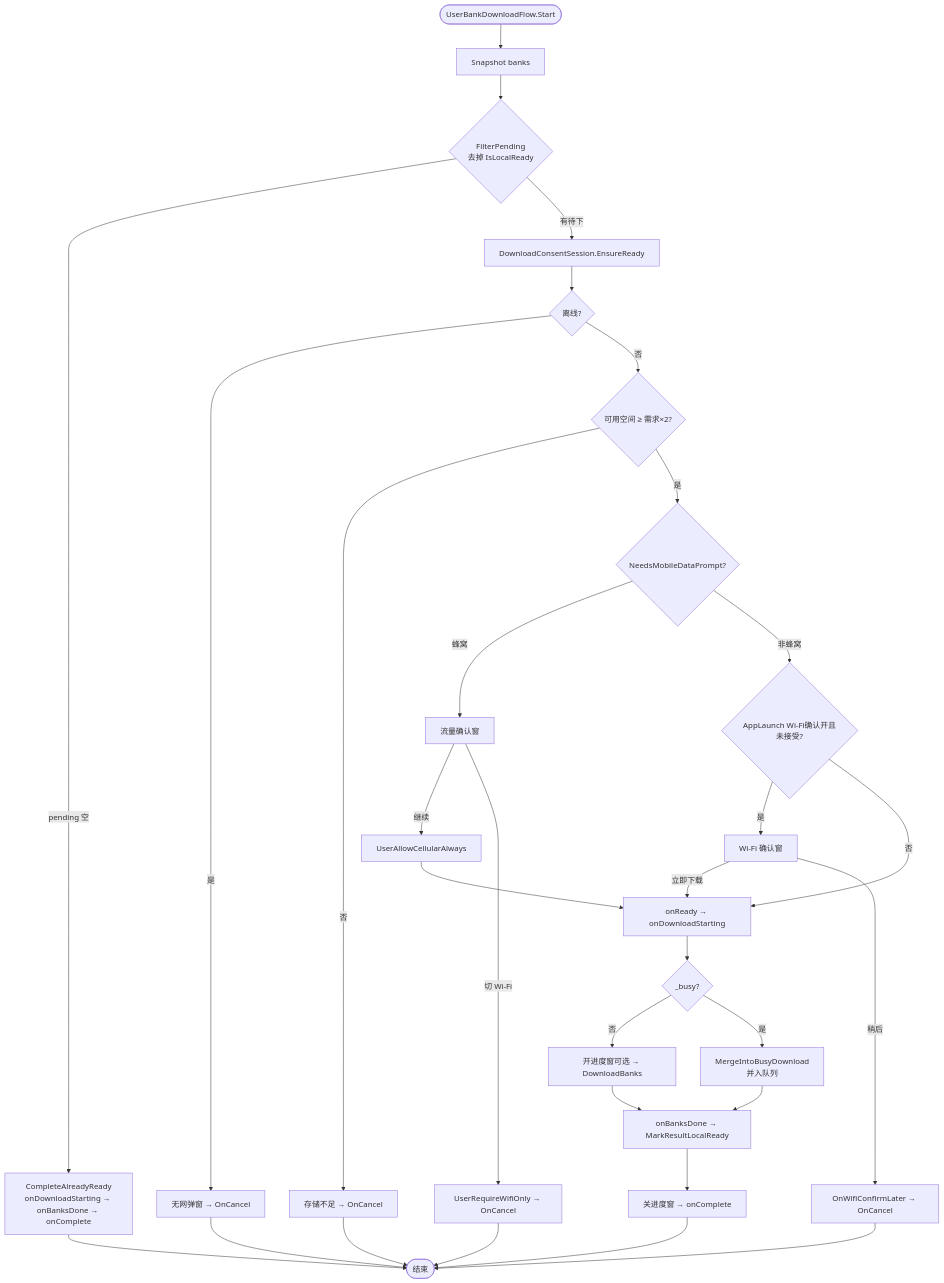
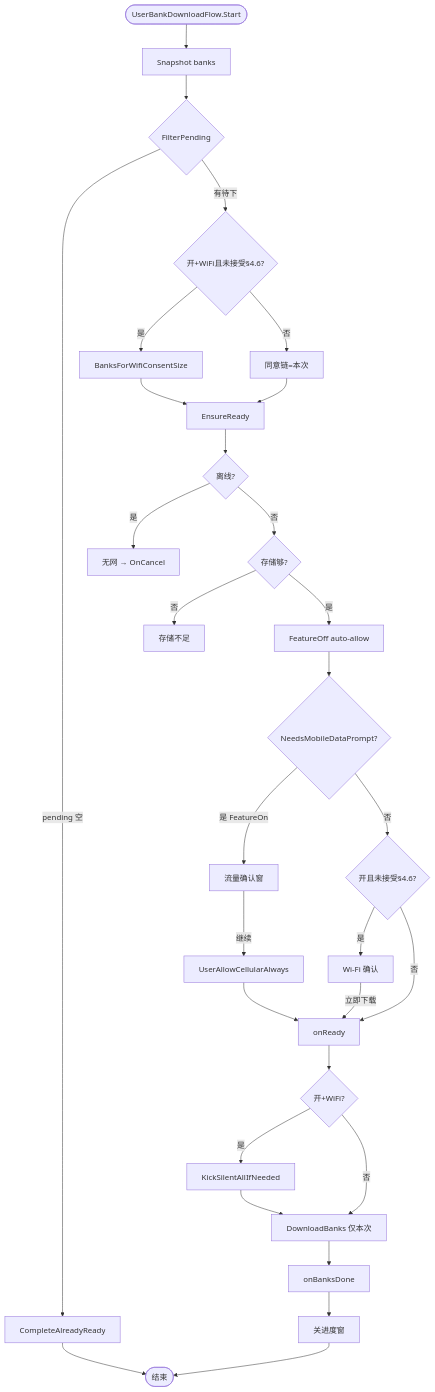
The fourth of 12 diagrams in Assets/GameMain/Docs/13-bank-download.md (sika0819/CustomSRP), drawn with Mermaid before and after one commit. The commit also changed other lines of this file and 163 other files, not shown here.

First line of the commit message:
feat(island): polish oil clouds, terrain grass, and bank download flow

````diff
--- a/Assets/GameMain/Docs/13-bank-download.md
+++ b/Assets/GameMain/Docs/13-bank-download.md
@@ -88,32 +121,32 @@
 ```mermaid
 flowchart TD
   Start([UserBankDownloadFlow.Start]) --> Snap[Snapshot banks]
-  Snap --> FP{FilterPending<br/>去掉 IsLocalReady}
-  FP -->|pending 空| ReadyPath[CompleteAlreadyReady<br/>onDownloadStarting → onBanksDone → onComplete]
-  FP -->|有待下| ER[DownloadConsentSession.EnsureReady]
+  Snap --> FP{FilterPending}
+  FP -->|pending 空| ReadyPath[CompleteAlreadyReady]
+  FP -->|有待下| Size{开+WiFi且未接受§4.6?}
+  Size -->|是| ConsentAll[BanksForWifiConsentSize]
+  Size -->|否| ConsentClick[同意链=本次]
+  ConsentAll --> ER[EnsureReady]
+  ConsentClick --> ER
   ER --> Offline{离线?}
-  Offline -->|是| Toast1[无网弹窗 → OnCancel]
-  Offline -->|否| Stor{可用空间 ≥ 需求×2?}
-  Stor -->|否| Toast2[存储不足 → OnCancel]
-  Stor -->|是| Cell{NeedsMobileDataPrompt?}
-  Cell -->|蜂窝| MD[流量确认窗]
-  MD -->|继续| Allow[UserAllowCellularAlways] --> Go
-  MD -->|切 Wi‑Fi| WifiOnly[UserRequireWifiOnly → OnCancel]
-  Cell -->|非蜂窝| WifiGate{AppLaunch Wi‑Fi确认开且未接受?}
-  WifiGate -->|是| WC[Wi‑Fi 确认窗]
+  Offline -->|是| Toast1[无网 → OnCancel]
+  Offline -->|否| Stor{存储够?}
+  Stor -->|否| Toast2[存储不足]
+  Stor -->|是| AutoOff[FeatureOff auto-allow]
+  AutoOff --> Cell{NeedsMobileDataPrompt?}
+  Cell -->|是 FeatureOn| MD[流量确认窗]
+  MD -->|继续| Always[UserAllowCellularAlways]
+  Always --> Go
+  Cell -->|否| WifiGate{开且未接受§4.6?}
+  WifiGate -->|是| WC[Wi‑Fi 确认]
   WC -->|立即下载| Go
-  WC -->|稍后| Later[OnWifiConfirmLater → OnCancel]
-  WifiGate -->|否| Go[onReady → onDownloadStarting]
-  Go --> Busy{_busy?}
-  Busy -->|否| DL1[开进度窗可选 → DownloadBanks]
-  Busy -->|是| Merge[MergeIntoBusyDownload<br/>并入队列]
-  DL1 --> Done[onBanksDone → MarkResultLocalReady]
-  Merge --> Done
-  Done --> Fin[关进度窗 → onComplete]
+  WifiGate -->|否| Go[onReady]
+  Go --> Kick{开+WiFi?}
+  Kick -->|是| Silent[KickSilentAllIfNeeded]
+  Kick -->|否| DL
+  Silent --> DL[DownloadBanks 仅本次]
+  DL --> Done[onBanksDone]
+  Done --> Fin[关进度窗]
   ReadyPath --> End([结束])
   Fin --> End
-  Toast1 --> End
-  Toast2 --> End
-  WifiOnly --> End
-  Later --> End
 ```
````
